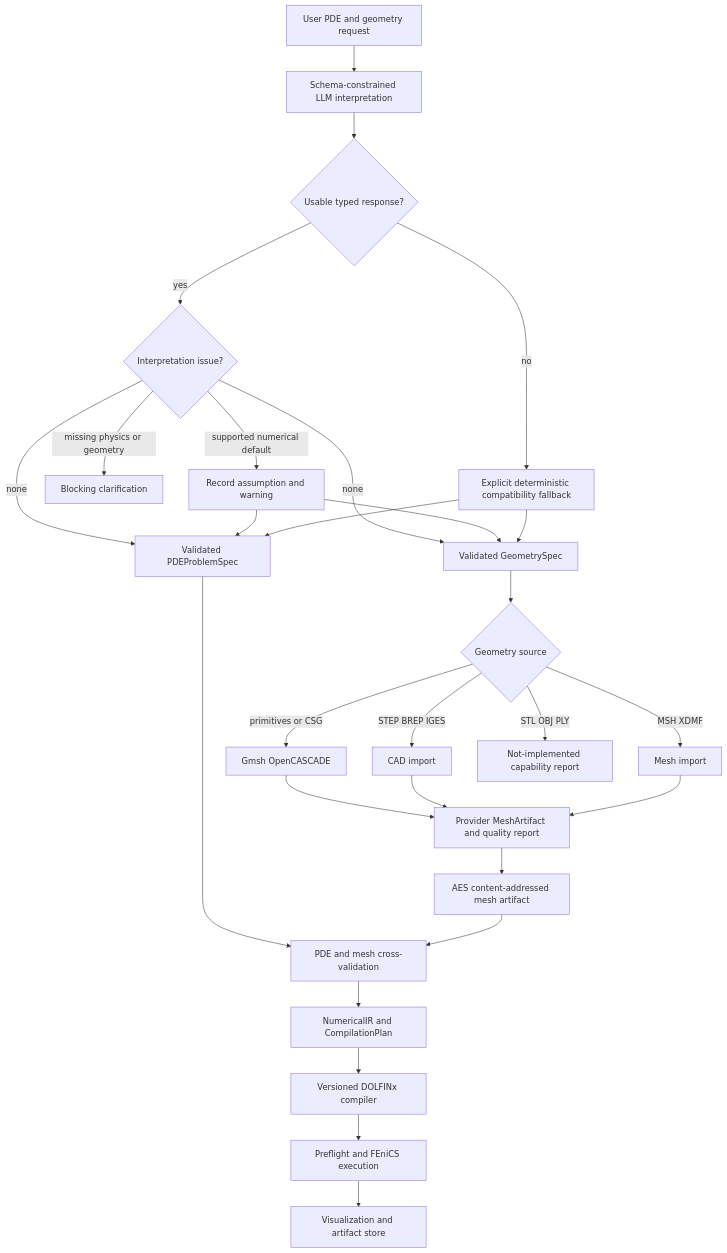
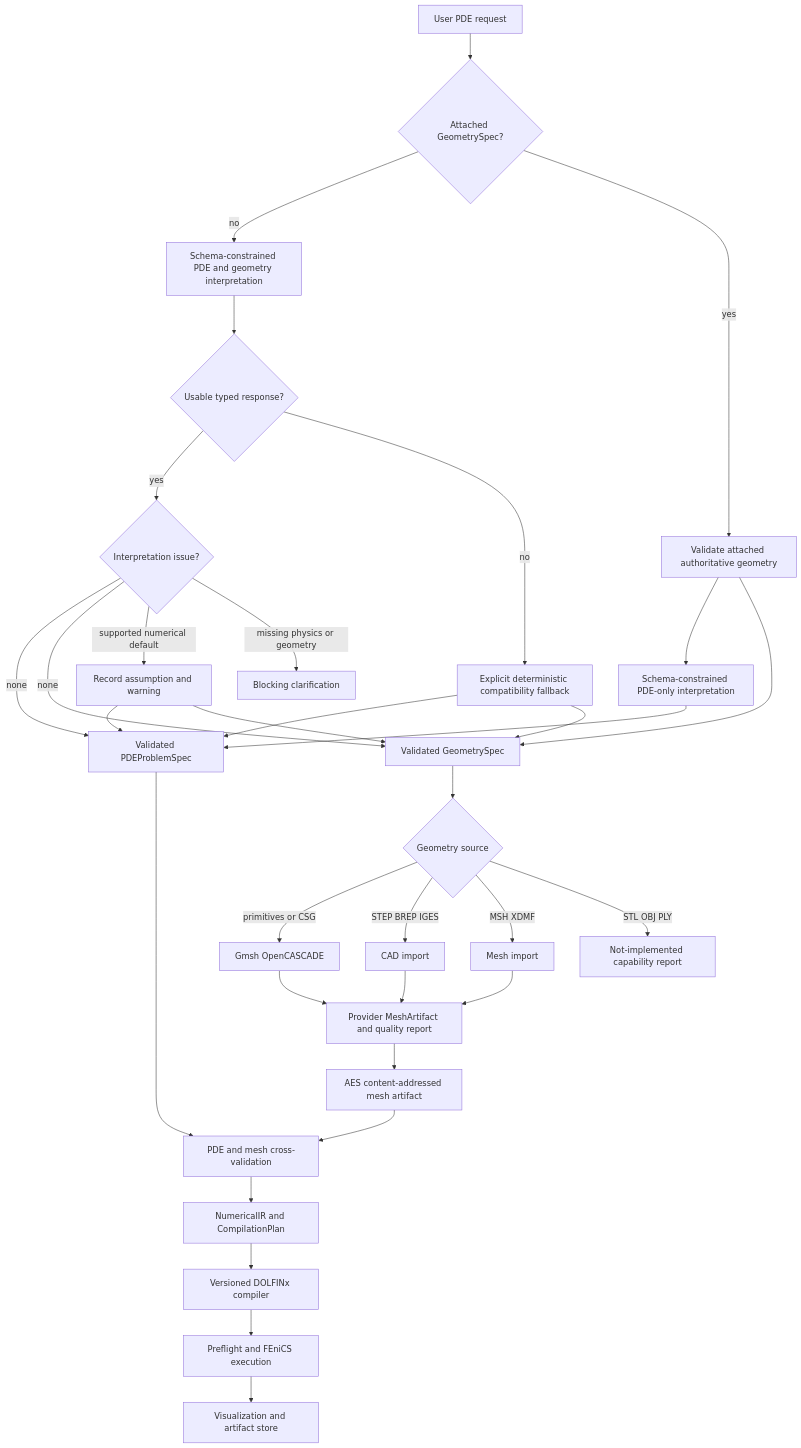
The ninth of 11 diagrams in docs/architecture.md (RadmirG/AES), drawn with Mermaid before and after one commit. The commit also changed other lines of this file and 20 other files, not shown here.

````diff
--- a/docs/architecture.md
+++ b/docs/architecture.md
@@ -285,30 +294,35 @@
 ```mermaid
 flowchart TD
-    A["User PDE and geometry request"] --> B["Schema-constrained LLM interpretation"]
+    A["User PDE request"] --> AB{"Attached GeometrySpec?"}
+    AB -->|no| B["Schema-constrained PDE and geometry interpretation"]
+    AB -->|yes| AG["Validate attached authoritative geometry"]
+    AG --> AP["Schema-constrained PDE-only interpretation"]
+    AP --> C
+    AG --> D
     B --> BI{"Usable typed response?"}
     BI -->|yes| BA{"Interpretation issue?"}
     BA -->|none| C["Validated PDEProblemSpec"]
     BA -->|none| D["Validated GeometrySpec"]
     BA -->|supported numerical default| BW["Record assumption and warning"]
     BW --> C
     BW --> D
     BA -->|missing physics or geometry| BC["Blocking clarification"]
     BI -->|no| BF["Explicit deterministic compatibility fallback"]
     BF --> C
     BF --> D
     D --> E{"Geometry source"}
     E -->|primitives or CSG| F["Gmsh OpenCASCADE"]
     E -->|STEP BREP IGES| G["CAD import"]
     E -->|MSH XDMF| H["Mesh import"]
     E -->|STL OBJ PLY| I["Not-implemented capability report"]
     F --> J["Provider MeshArtifact and quality report"]
     G --> J
     H --> J
     J --> JA["AES content-addressed mesh artifact"]
     C --> K["PDE and mesh cross-validation"]
     JA --> K
     K --> L["NumericalIR and CompilationPlan"]
     L --> M["Versioned DOLFINx compiler"]
     M --> N["Preflight and FEniCS execution"]
     N --> O["Visualization and artifact store"]
 ```
````
